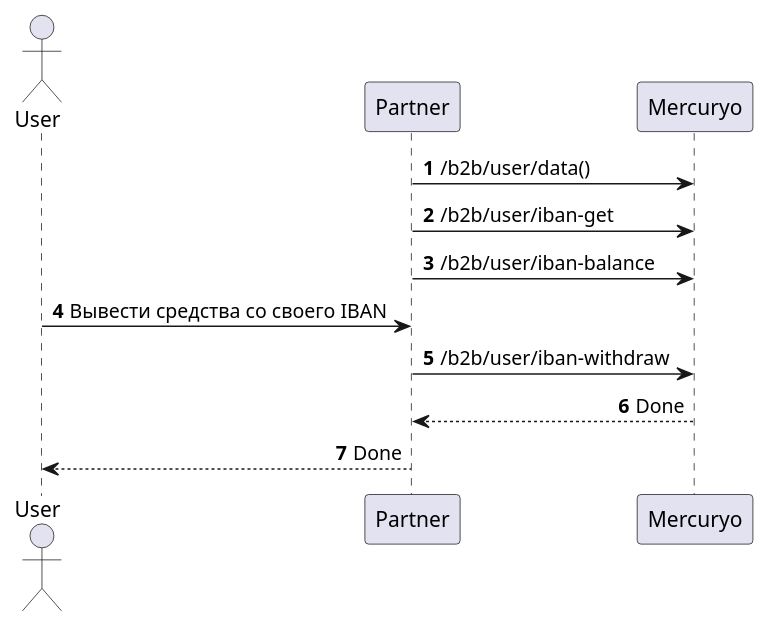
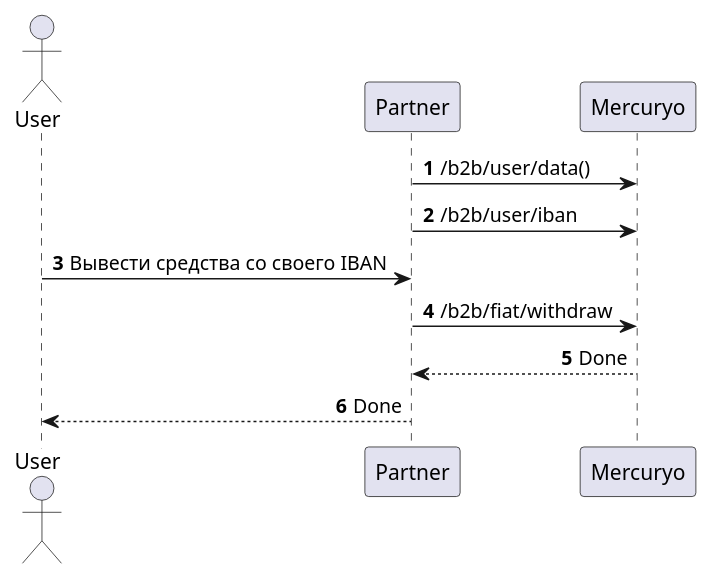
The diagram in 8 fiat withdraw/:b2b:iban:withdraw.puml (mercuryoio/BAAS-API), drawn with PlantUML before and after one commit.

```diff
--- a/8 fiat withdraw/:b2b:iban:withdraw.puml
+++ b/8 fiat withdraw/:b2b:iban:withdraw.puml
@@ -1,23 +1,21 @@
 @startuml
 ' This UML source uses PlantUML format.
 ' https://plantuml.com/sequence-diagram for syntax details.
 ' Optional styles
 
 skinparam shadowing false
 skinparam SequenceMessageAlign direction
 
 autonumber
 
 actor User as user
 participant "Partner" as part
 participant "Mercuryo" as merc
 
 part -> merc: /b2b/user/data()
-part -> merc: /b2b/user/iban-get
-part -> merc: /b2b/user/iban-balance
+part -> merc: /b2b/user/iban
 user -> part: Вывести средства со своего IBAN
-part -> merc: /b2b/user/iban-withdraw
+part -> merc: /b2b/fiat/withdraw
 merc --> part: Done 
-part --> user: Done 
-
+part --> user: Done
 @enduml
```
